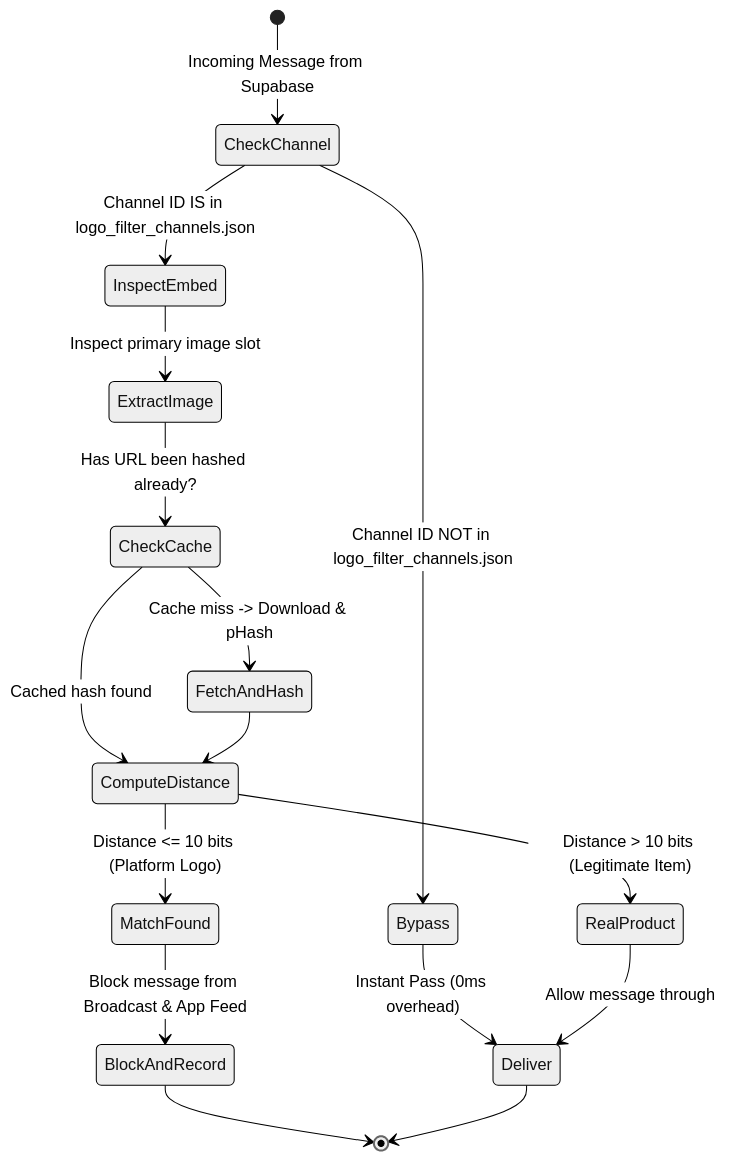
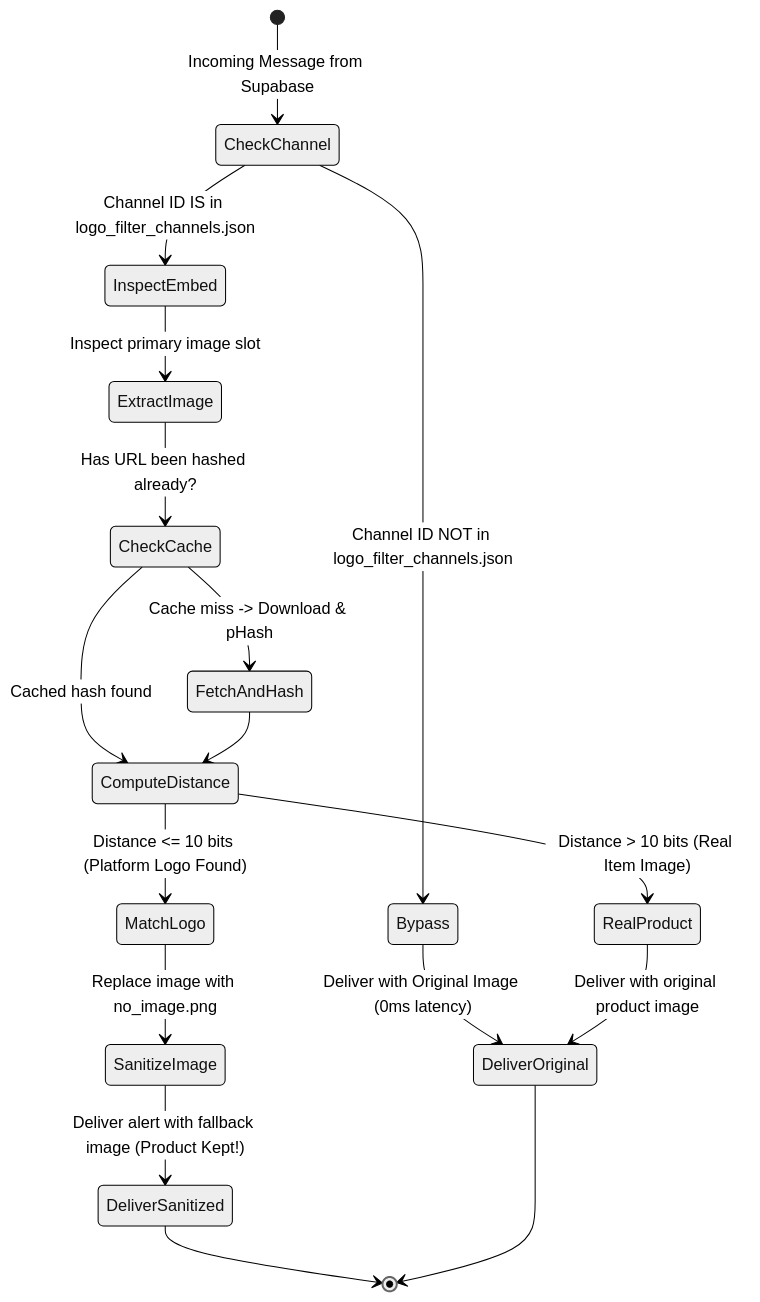
The third of 3 diagrams in docs/logo_filter/LOGO_FILTER_ARCHITECTURE_AND_VERIFICATION.md (joshuatochinwachi/HollowScan-Mobile-App), drawn with Mermaid (neutral theme) before and after one commit. The commit also changed other lines of this file, not shown here.

````diff
--- a/docs/logo_filter/LOGO_FILTER_ARCHITECTURE_AND_VERIFICATION.md
+++ b/docs/logo_filter/LOGO_FILTER_ARCHITECTURE_AND_VERIFICATION.md
@@ -117,25 +129,26 @@
 ```mermaid
 stateDiagram-v2
     [*] --> CheckChannel: Incoming Message from Supabase
     
     CheckChannel --> Bypass: Channel ID NOT in logo_filter_channels.json
-    Bypass --> Deliver: Instant Pass (0ms overhead)
+    Bypass --> DeliverOriginal: Deliver with Original Image (0ms latency)
     
     CheckChannel --> InspectEmbed: Channel ID IS in logo_filter_channels.json
     
     InspectEmbed --> ExtractImage: Inspect primary image slot
     ExtractImage --> CheckCache: Has URL been hashed already?
     
     CheckCache --> ComputeDistance: Cached hash found
     CheckCache --> FetchAndHash: Cache miss -> Download & pHash
     FetchAndHash --> ComputeDistance
     
-    ComputeDistance --> MatchFound: Distance <= 10 bits (Platform Logo)
-    ComputeDistance --> RealProduct: Distance > 10 bits (Legitimate Item)
+    ComputeDistance --> MatchLogo: Distance <= 10 bits (Platform Logo Found)
+    ComputeDistance --> RealProduct: Distance > 10 bits (Real Item Image)
     
-    MatchFound --> BlockAndRecord: Block message from Broadcast & App Feed
-    RealProduct --> Deliver: Allow message through
+    MatchLogo --> SanitizeImage: Replace image with no_image.png
+    SanitizeImage --> DeliverSanitized: Deliver alert with fallback image (Product Kept!)
+    RealProduct --> DeliverOriginal: Deliver with original product image
     
-    BlockAndRecord --> [*]
-    Deliver --> [*]
+    DeliverSanitized --> [*]
+    DeliverOriginal --> [*]
 ```
````
